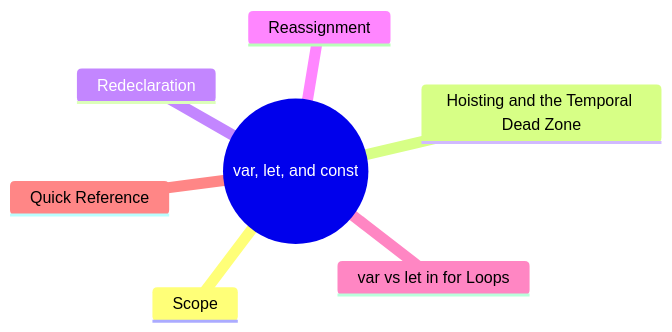
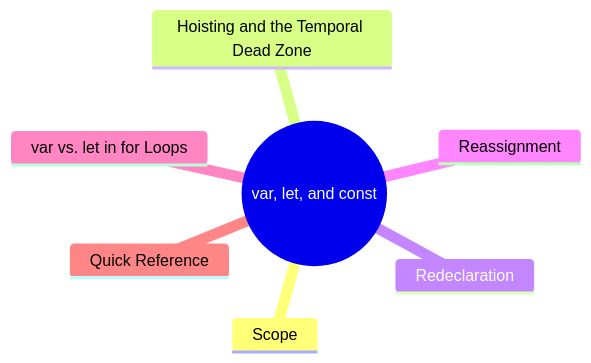
The diagram in src/posts/en/javascript-var-let-const.mdx (Charmying/blog), drawn with Mermaid before and after one commit. The commit also changed other lines of this file and 40 other files, not shown here.

````diff
--- a/src/posts/en/javascript-var-let-const.mdx
+++ b/src/posts/en/javascript-var-let-const.mdx
@@ -14,10 +14,10 @@
 ```mermaid
 mindmap
   	root((var, let, and const))
     	Scope
     	Hoisting and the Temporal Dead Zone
     	Redeclaration
     	Reassignment
-    	var vs let in for Loops
+    	var vs. let in for Loops
     	Quick Reference
 ```
````
